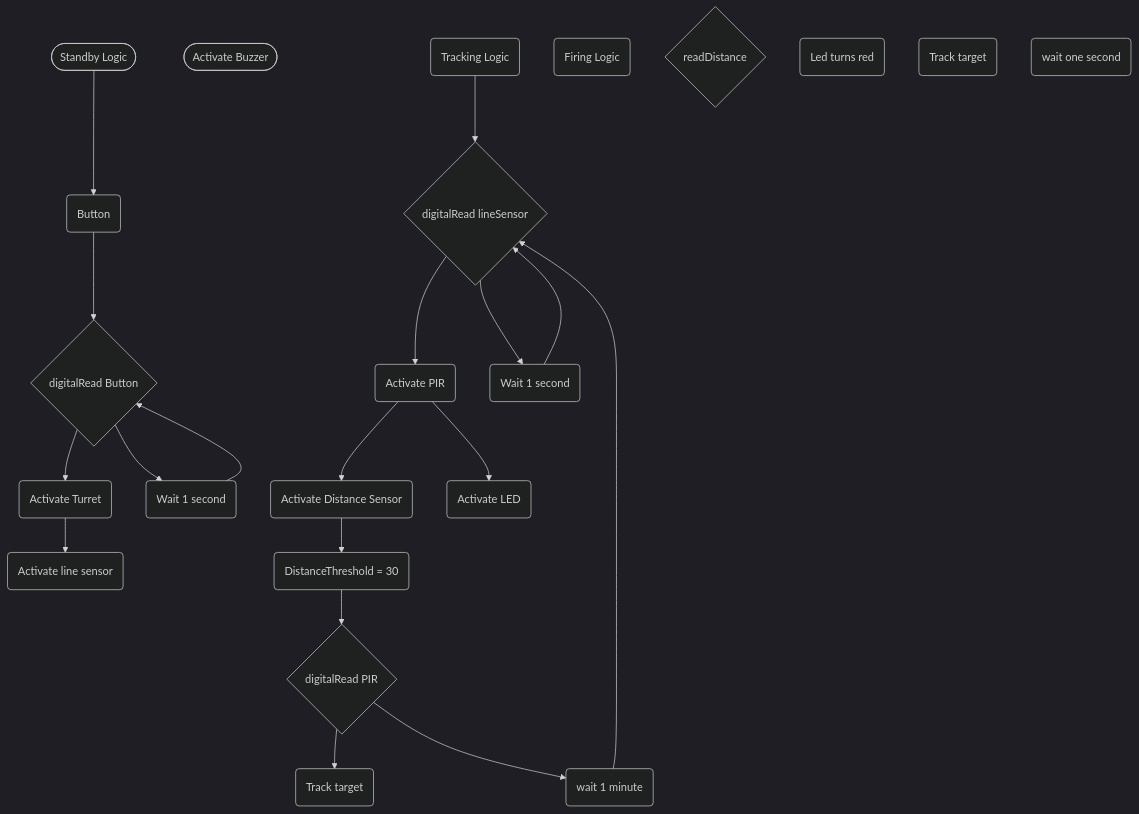
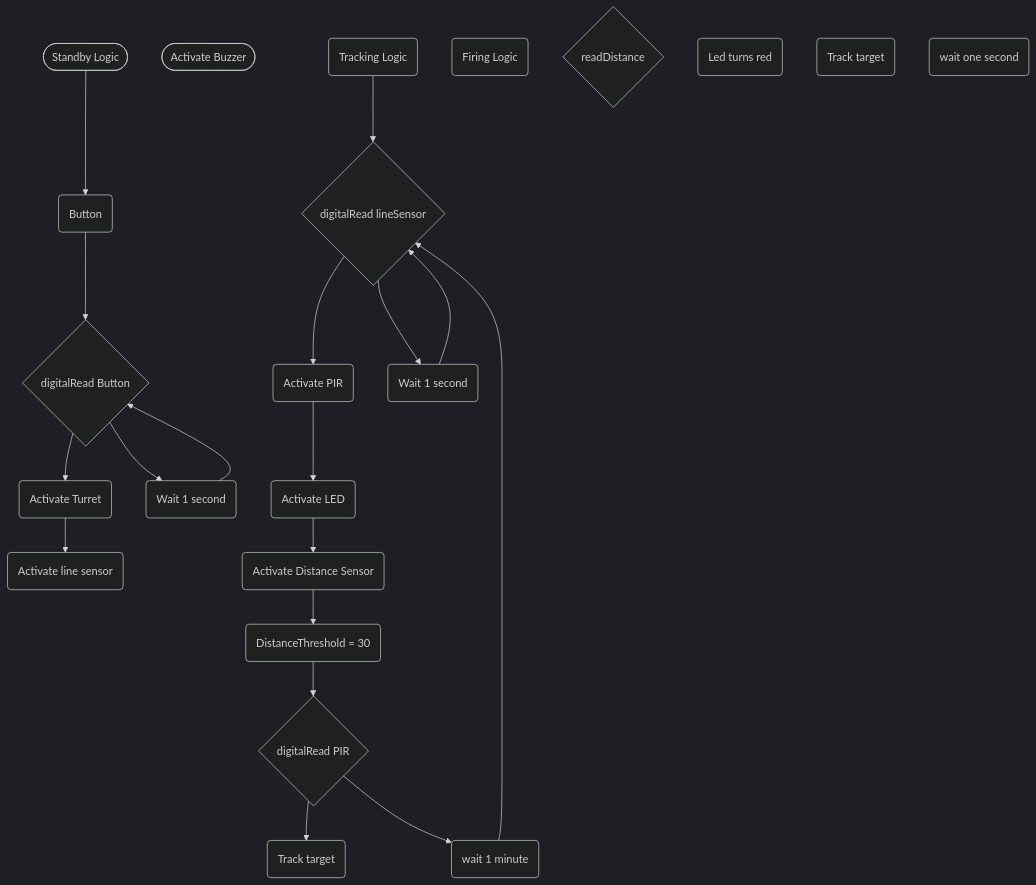
Before and after one commit to Zac2259/Smart-Turret: the diagram in logic.md, drawn with Mermaid (dark theme).

````diff
--- a/logic.md
+++ b/logic.md
@@ -1,46 +1,46 @@
  ```mermaid
  flowchart TD
  %%standby logic
 terminalStart([Standby Logic])
  terminalEnd([Activate Buzzer])
  Button(Button)
 Buttontrigger{digitalRead Button}
 activateturret(Activate Turret)
 activatesensor(Activate line sensor)
 loop(Wait 1 second)
 %%Tracking logic
 Tracking(Tracking Logic)
 Readline{digitalRead lineSensor}
 activatepir(Activate PIR)
 activatedistance(Activate Distance Sensor)
 activateLED(Activate LED)
 loop2(Wait 1 second)
 distance(DistanceThreshold = 30)
 ReadPIR{digitalRead PIR}
 track(Track target)
 loop3(wait 1 minute)
 %%Firing
 firelogic(Firing Logic)
 readdistance{readDistance}
 fire(Led turns red)
 Keeptrack(Track target)
 loop4(wait one second)
 terminalStart --> Button
 Button --> Buttontrigger
 Buttontrigger --> activateturret
 activateturret --> activatesensor
 Buttontrigger --> loop
 loop -->Buttontrigger
 Tracking --> Readline
 Readline --> activatepir
 activatepir --> activateLED
 Readline --> loop2
 loop2 --> Readline
-activatepir --> activatedistance
+activateLED --> activatedistance
 activatedistance --> distance
 distance --> ReadPIR
 ReadPIR --> track
 ReadPIR --> loop3
 loop3 --> Readline
 
  ```
````
